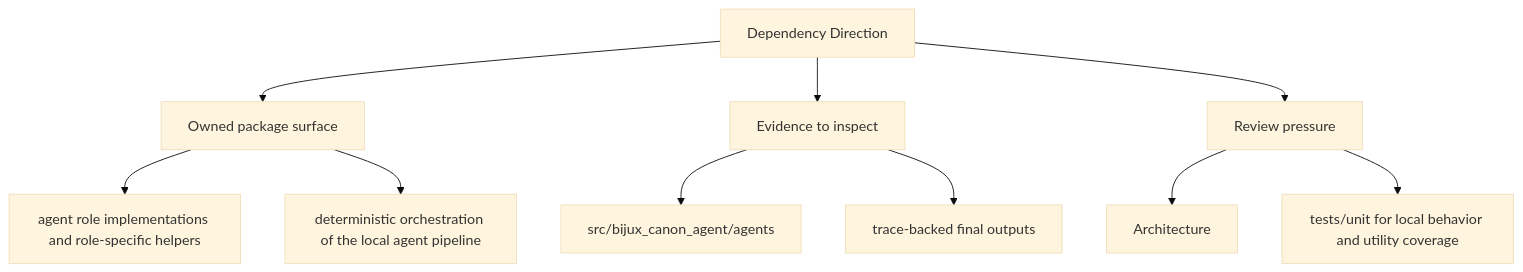
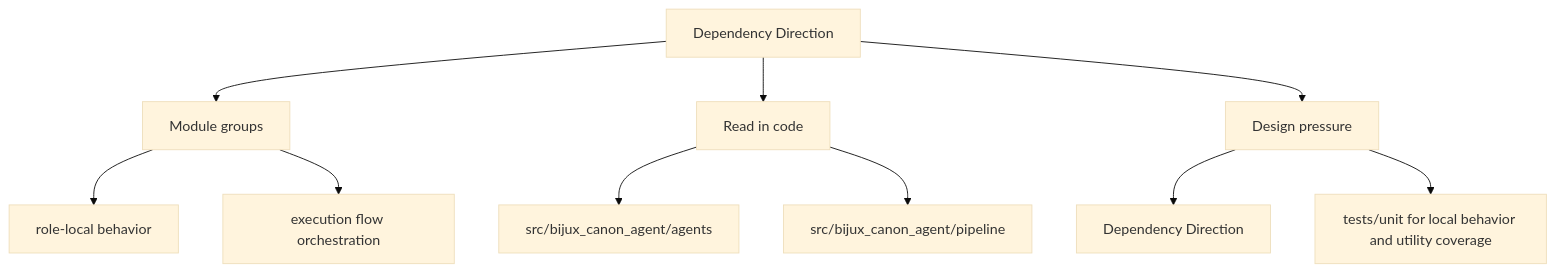
The second of 2 diagrams in docs/bijux-canon-agent/architecture/dependency-direction.md (bijux/bijux-canon), drawn with Mermaid (base theme) before and after one commit. The commit also changed other lines of this file and 250 other files, not shown here.

Commit message:
docs(diagrams): make product page maps more readable

````diff
--- a/docs/bijux-canon-agent/architecture/dependency-direction.md
+++ b/docs/bijux-canon-agent/architecture/dependency-direction.md
@@ -35,22 +35,22 @@
 ```mermaid
 flowchart TD
     page["Dependency Direction"]
-    focus1["Owned package surface"]
+    focus1["Module groups"]
     page --> focus1
-    focus1_1["agent role implementations and role-specific helpers"]
+    focus1_1["role-local behavior"]
     focus1 --> focus1_1
-    focus1_2["deterministic orchestration of the local agent pipeline"]
+    focus1_2["execution flow orchestration"]
     focus1 --> focus1_2
-    focus2["Evidence to inspect"]
+    focus2["Read in code"]
     page --> focus2
     focus2_1["src/bijux_canon_agent/agents"]
     focus2 --> focus2_1
-    focus2_2["trace-backed final outputs"]
+    focus2_2["src/bijux_canon_agent/pipeline"]
     focus2 --> focus2_2
-    focus3["Review pressure"]
+    focus3["Design pressure"]
     page --> focus3
-    focus3_1["Architecture"]
+    focus3_1["Dependency Direction"]
     focus3 --> focus3_1
     focus3_2["tests/unit for local behavior and utility coverage"]
     focus3 --> focus3_2
 ```
````
